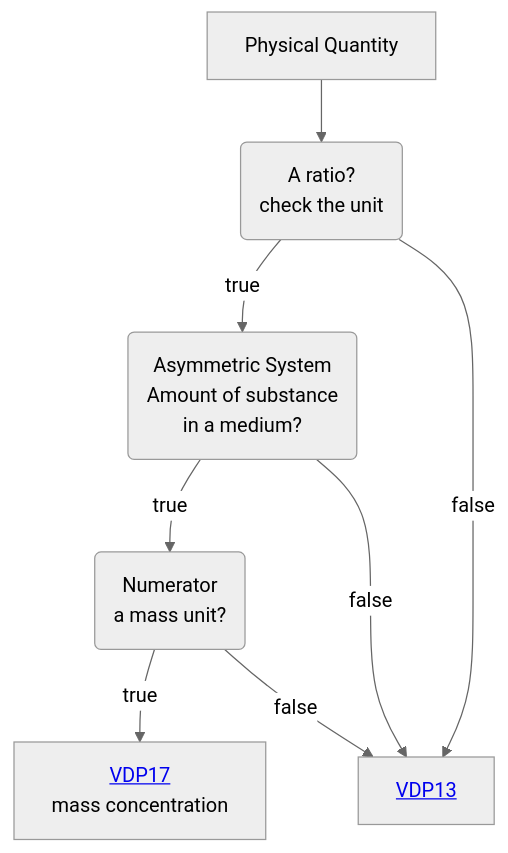
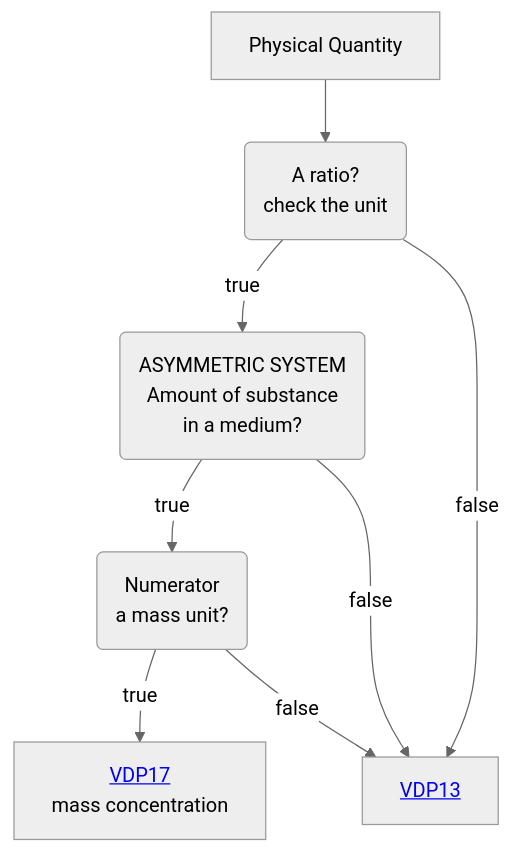
Before and after one commit to mabablue/I-ADOPT-patterns-playground: the diagram in Decisition_trees/DT2.mmd, drawn with Mermaid (neutral theme).

Commit message:
Fix typo in DT2.mmd flowchart node label

```diff
--- a/Decisition_trees/DT2.mmd
+++ b/Decisition_trees/DT2.mmd
@@ -1,8 +1,8 @@
 flowchart TD
     A[Physical Quantity] --> B(A ratio?<br>check the unit)
-    B --> |true|C(Asymmetric System <br> Amount of substance <br> in a medium?) 
+    B --> |true|C(ASYMMETRIC SYSTEM <br> Amount of substance <br> in a medium?) 
     B --> |false|D[<a href='https://github.com/mabablue/I-ADOPT-patterns-playground/blob/main/pattern/VDP13.yaml'>VDP13</a>]
     C --> |true|E(Numerator <br> a mass unit?)
     C --> |false|D
     E --> |true|F[<a href='https://github.com/mabablue/I-ADOPT-patterns-playground/blob/main/pattern/VDP17.yaml'>VDP17</a> <br> mass concentration]
     E --> |false|D
```
